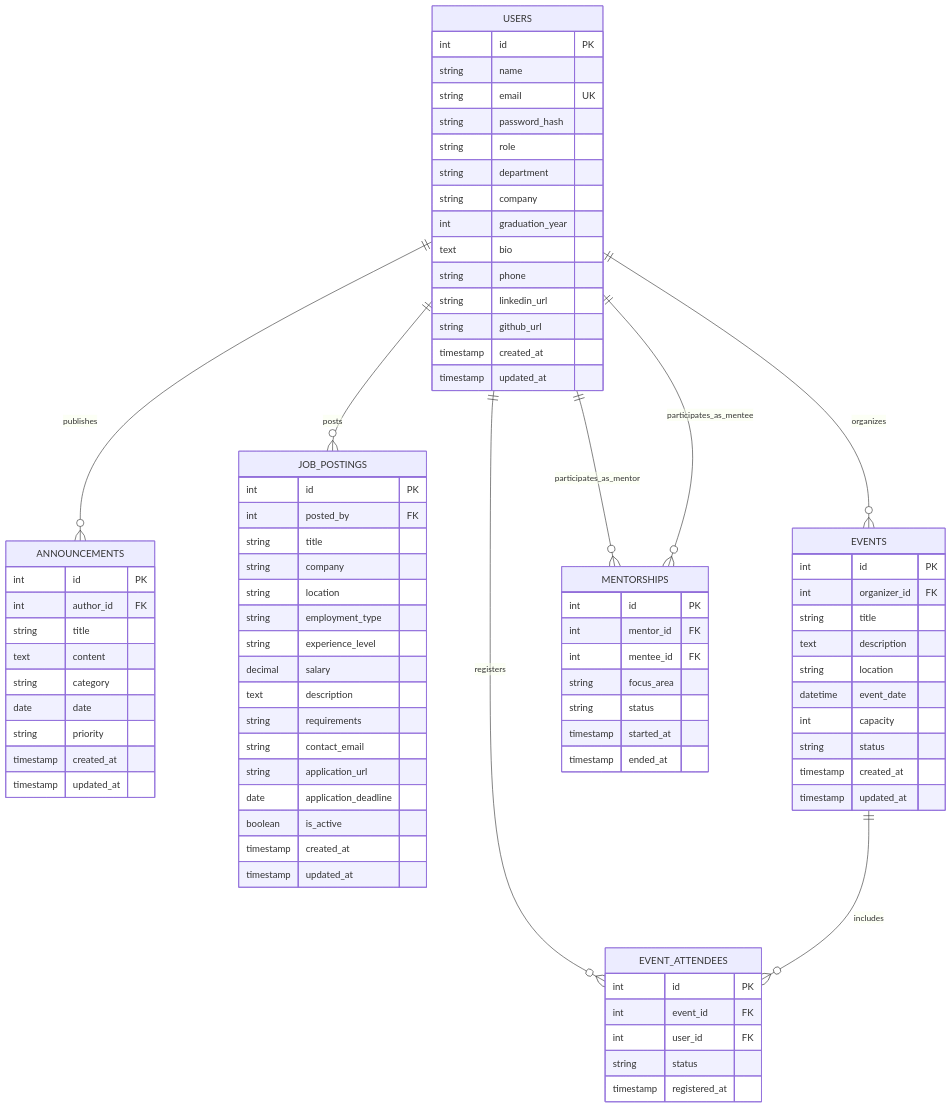
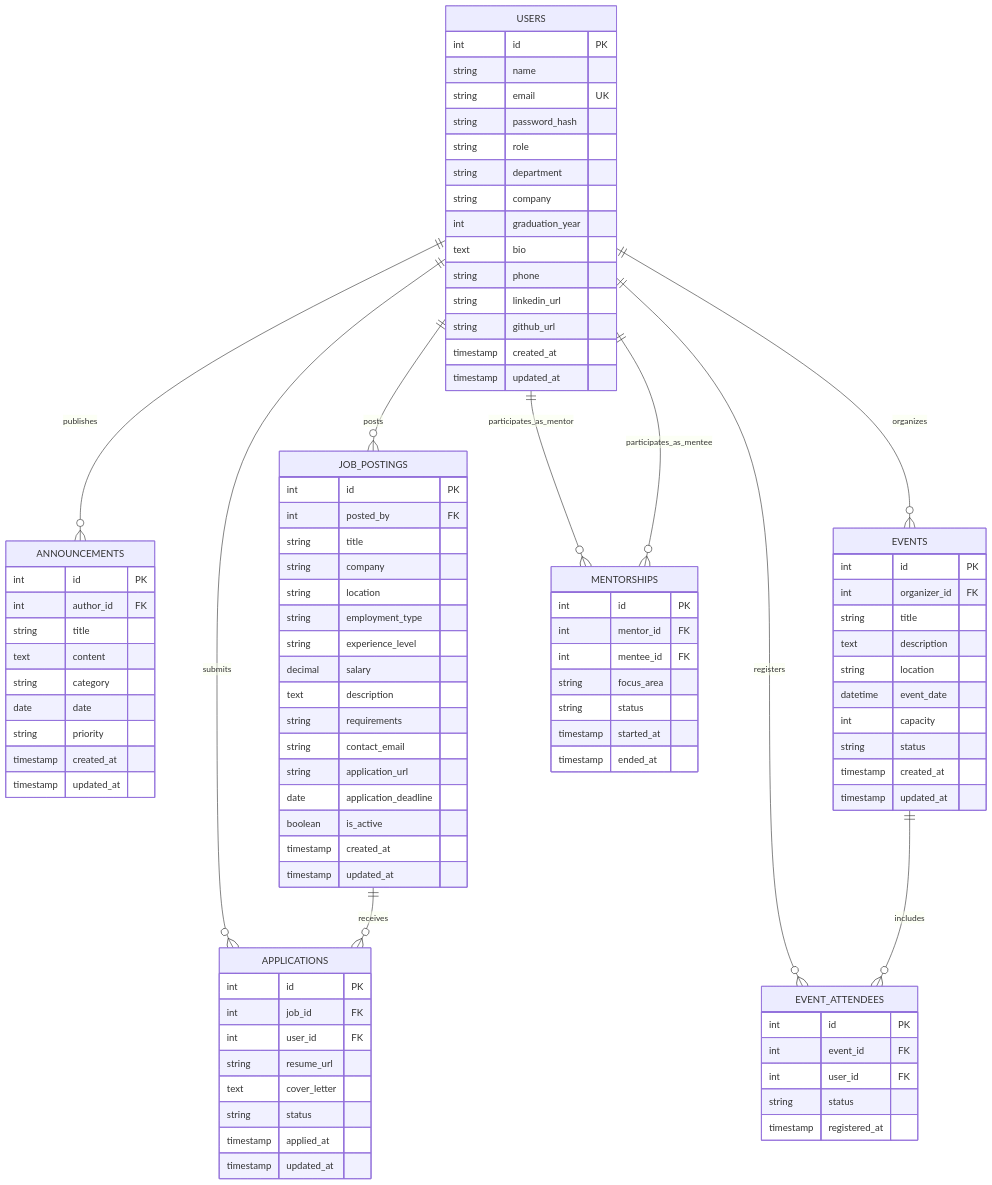
One commit to sevvalsudet/alumni changed the diagram in ddd.md. Above: the diagram before and after it, drawn with Mermaid. The commit also changed other lines of this file and 18 other files, not shown here.

```diff
--- a/ddd.md
+++ b/ddd.md
@@ -24,6 +24,8 @@
 erDiagram
     USERS ||--o{ ANNOUNCEMENTS : "publishes"
     USERS ||--o{ JOB_POSTINGS : "posts"
+    USERS ||--o{ APPLICATIONS : "submits"
+    JOB_POSTINGS ||--o{ APPLICATIONS : "receives"
     USERS ||--o{ EVENTS : "organizes"
     USERS ||--o{ EVENT_ATTENDEES : "registers"
     EVENTS ||--o{ EVENT_ATTENDEES : "includes"
@@ -78,6 +80,17 @@
         timestamp updated_at
     }
 
+    APPLICATIONS {
+        int id PK
+        int job_id FK
+        int user_id FK
+        string resume_url
+        text cover_letter
+        string status
+        timestamp applied_at
+        timestamp updated_at
+    }
+
     EVENTS {
         int id PK
         int organizer_id FK
```
